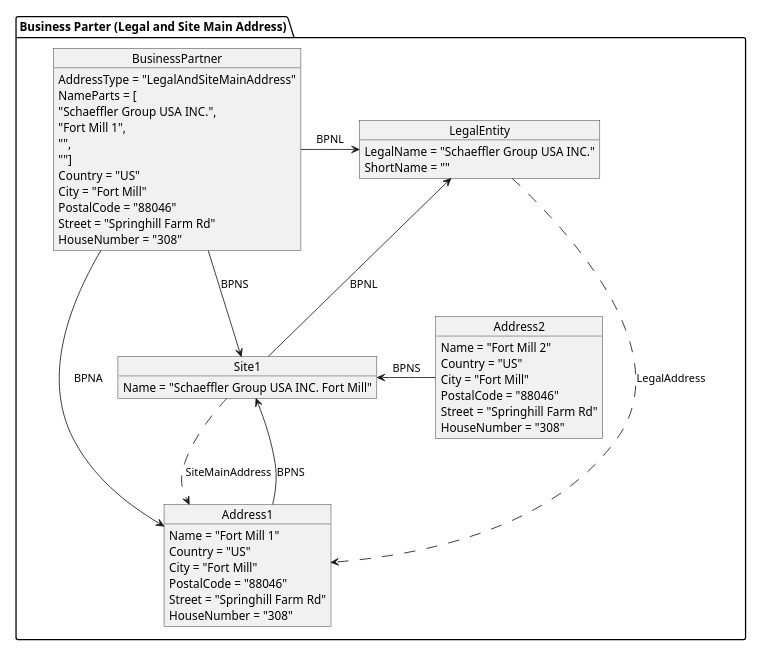
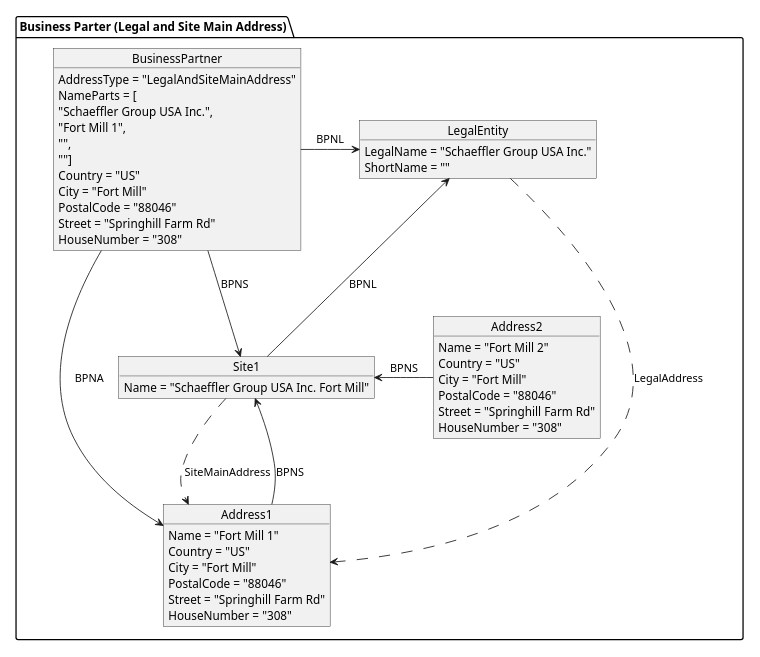
The diagram in docs/standards/CX-0074-BusinessPartnerGateAPI/assets/diagrams/object/legal-and-site-main-address.puml (catenax-eV/catenax-ev.github.io), drawn with PlantUML before and after one commit. The commit also changed 59 other files, not shown here.

```diff
--- a/docs/standards/CX-0074-BusinessPartnerGateAPI/assets/diagrams/object/legal-and-site-main-address.puml
+++ b/docs/standards/CX-0074-BusinessPartnerGateAPI/assets/diagrams/object/legal-and-site-main-address.puml
@@ -1,57 +1,57 @@
 @startuml legal-and-site-main-address
 
 skinparam dpi 50
 
 package "Business Parter (Legal and Site Main Address)" {
   object LegalEntity {
-    LegalName = "Schaeffler Group USA INC."
+    LegalName = "Schaeffler Group USA Inc."
     ShortName = ""
   }
 
   object Address1 {
     Name = "Fort Mill 1"
     Country = "US"
     City = "Fort Mill"
     PostalCode = "88046"
     Street = "Springhill Farm Rd"
     HouseNumber = "308"
   }
 
   object Address2 {
     Name = "Fort Mill 2"
     Country = "US"
     City = "Fort Mill"
     PostalCode = "88046"
     Street = "Springhill Farm Rd"
     HouseNumber = "308"
   }
 
   object Site1 {
-    Name = "Schaeffler Group USA INC. Fort Mill"
+    Name = "Schaeffler Group USA Inc. Fort Mill"
   }
 
   object BusinessPartner {
     AddressType = "LegalAndSiteMainAddress"
     NameParts = [
-      "Schaeffler Group USA INC.", 
+      "Schaeffler Group USA Inc.", 
       "Fort Mill 1", 
       "", 
       ""]
     Country = "US"
     City = "Fort Mill"
     PostalCode = "88046"
     Street = "Springhill Farm Rd"
     HouseNumber = "308"
   }
 
   BusinessPartner -r-> LegalEntity : BPNL
   BusinessPartner -r-> Site1 : BPNS
   BusinessPartner -u-> Address1 : BPNA
   LegalEntity .d.> Address1 : LegalAddress
   Site1 .d.> Address1 : SiteMainAddress
   Address1 -u-> Site1 : BPNS
   Address2 -l-> Site1 : BPNS
   Site1 -u-> LegalEntity : BPNL
 }
 
 @enduml
```
